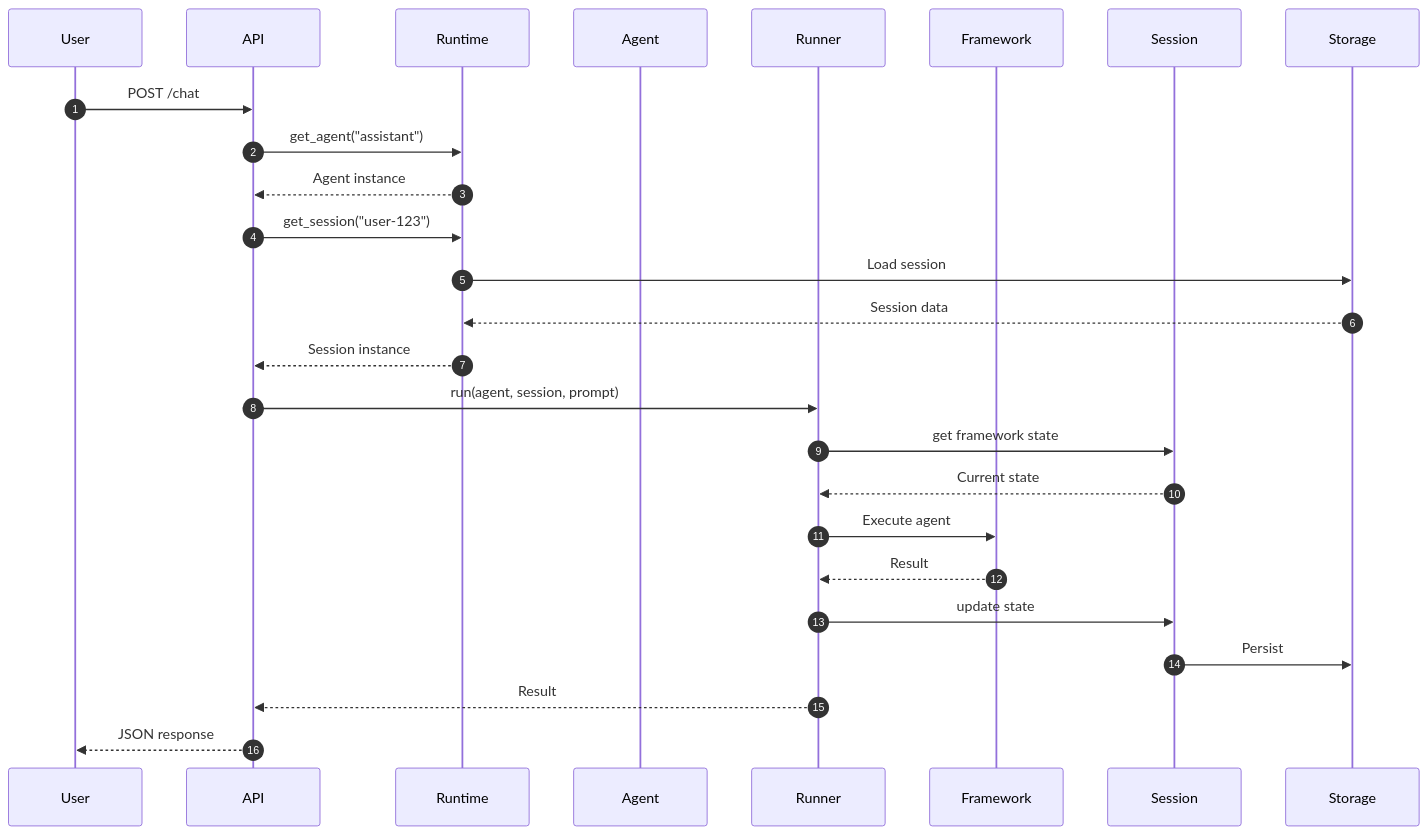
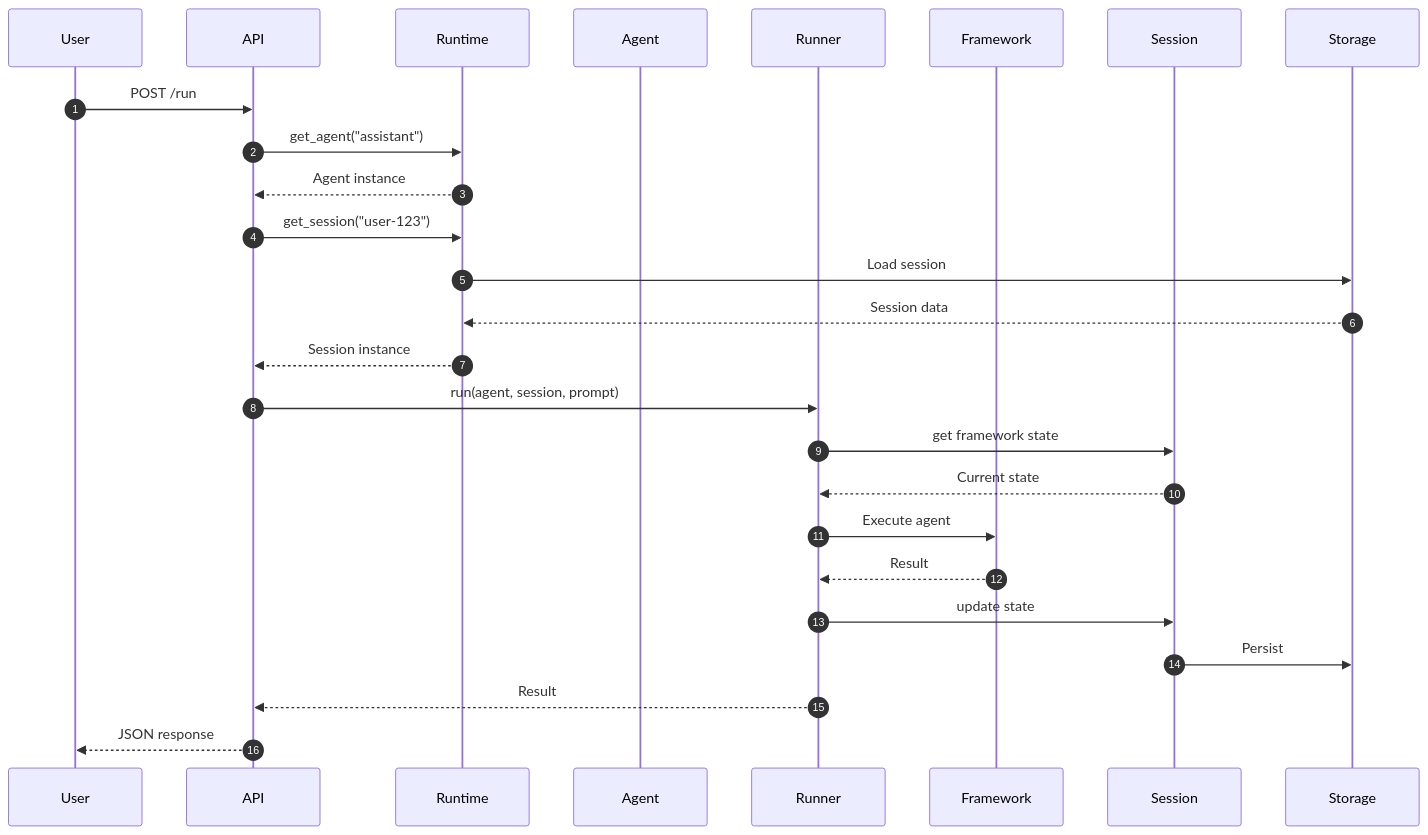
The second of 2 diagrams in docs/docs/architecture/execution-flow.md (yaalalabs/agent-kernel), drawn with Mermaid before and after one commit. The commit also changed other lines of this file and 19 other files, not shown here.

````diff
--- a/docs/docs/architecture/execution-flow.md
+++ b/docs/docs/architecture/execution-flow.md
@@ -68,29 +68,29 @@
 ```mermaid
 sequenceDiagram
     autonumber
     participant User
     participant API
     participant Runtime
     participant Agent
     participant Runner
     participant Framework
     participant Session
     participant Storage
     
-    User->>API: POST /chat
+    User->>API: POST /run
     API->>Runtime: get_agent("assistant")
     Runtime-->>API: Agent instance
     API->>Runtime: get_session("user-123")
     Runtime->>Storage: Load session
     Storage-->>Runtime: Session data
     Runtime-->>API: Session instance
     API->>Runner: run(agent, session, prompt)
     Runner->>Session: get framework state
     Session-->>Runner: Current state
     Runner->>Framework: Execute agent
     Framework-->>Runner: Result
     Runner->>Session: update state
     Session->>Storage: Persist
     Runner-->>API: Result
     API-->>User: JSON response
 ```
````
